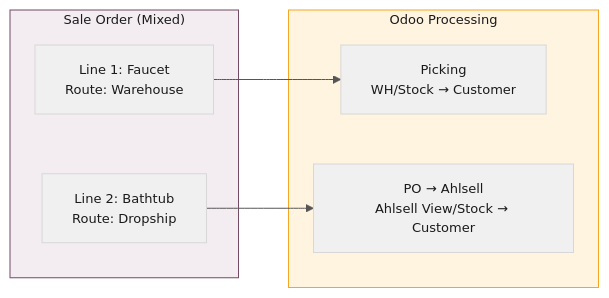
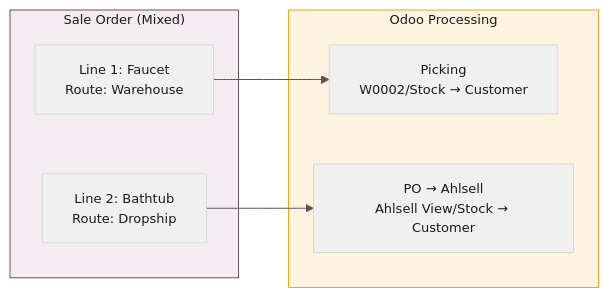
Before and after one commit to ozan-droid/documents: the ninth of 16 diagrams in shopify-sync-odoo-scenarios.md, drawn with Mermaid. The commit also changed other lines of this file, not shown here.

````diff
--- a/shopify-sync-odoo-scenarios.md
+++ b/shopify-sync-odoo-scenarios.md
@@ -389,19 +389,19 @@
 ```mermaid
 %%{init: {'theme': 'base', 'themeVariables': {'primaryColor': '#f0f0f0', 'primaryTextColor': '#1a1a1a', 'lineColor': '#555', 'textColor': '#1a1a1a', 'fontSize': '13px'}}}%%
 flowchart LR
     subgraph Order ["Sale Order (Mixed)"]
         L1["Line 1: Faucet\nRoute: Warehouse"]
         L2["Line 2: Bathtub\nRoute: Dropship"]
     end
 
     subgraph Processing ["Odoo Processing"]
-        P1["Picking\nWH/Stock → Customer"]
+        P1["Picking\nW0002/Stock → Customer"]
         P2["PO → Ahlsell\nAhlsell View/Stock → Customer"]
     end
 
     L1 --> P1
     L2 --> P2
 
     style Order fill:#f3edf2,stroke:#714b67,color:#1a1a1a
     style Processing fill:#fff4e0,stroke:#f5a623,color:#1a1a1a
 ```
````
